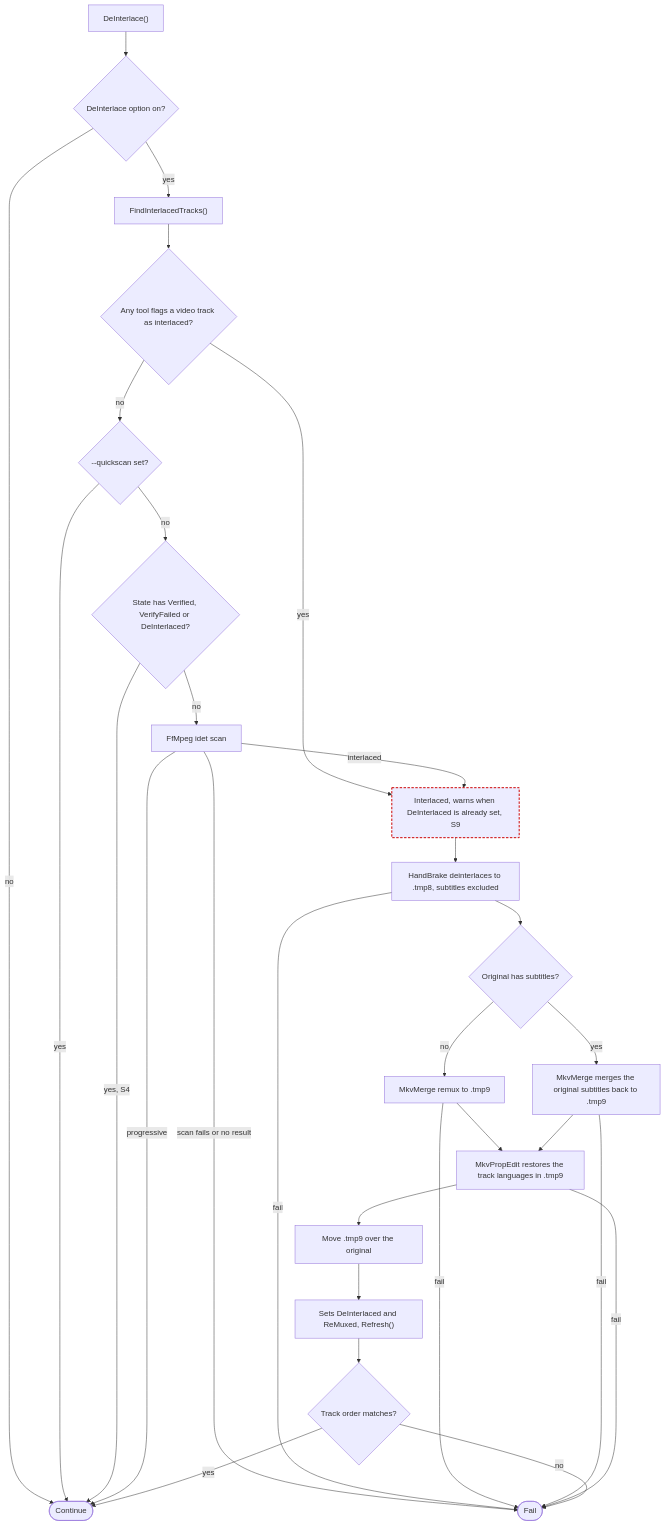
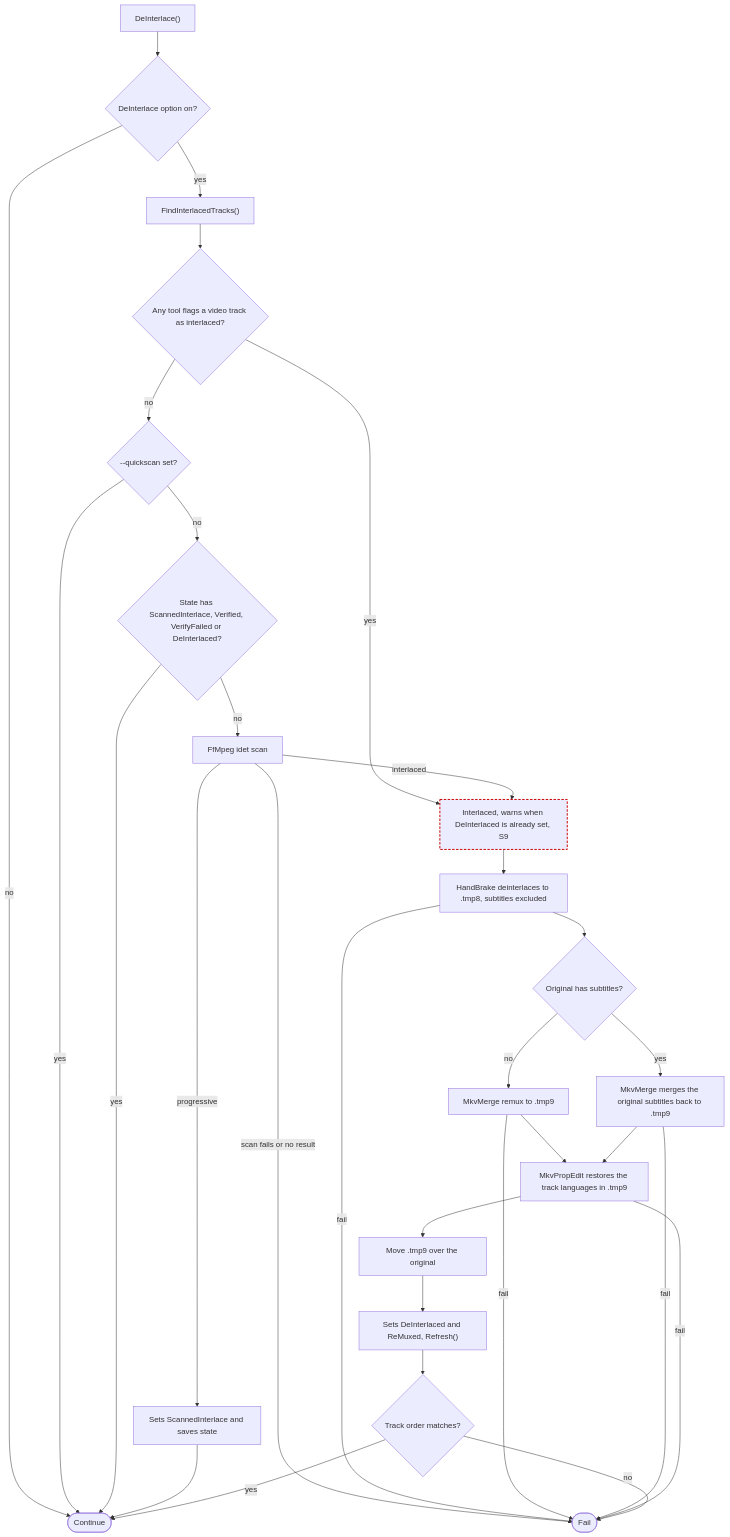
Before and after one commit to ptr727/PlexCleaner: the eighth of 11 diagrams in ARCHITECTURE.md, drawn with Mermaid. The commit also changed other lines of this file and 5 other files, not shown here.

````diff
--- a/ARCHITECTURE.md
+++ b/ARCHITECTURE.md
@@ -544,32 +545,33 @@
 ```mermaid
 flowchart TD
   A0["DeInterlace()"] --> A1{"DeInterlace option on?"}
   A1 -->|no| AOK(["Continue"])
   A1 -->|yes| F0["FindInterlacedTracks()"]
   F0 --> F1{"Any tool flags a video track as interlaced?"}
   F1 -->|yes| FOUND
   F1 -->|no| F2{"--quickscan set?"}
   F2 -->|yes| AOK
-  F2 -->|no| F3{"State has Verified, VerifyFailed or DeInterlaced?"}
-  F3 -->|"yes, S4"| AOK
+  F2 -->|no| F3{"State has ScannedInterlace, Verified, VerifyFailed or DeInterlaced?"}
+  F3 -->|yes| AOK
   F3 -->|no| F4["FfMpeg idet scan"]
   F4 -->|"scan fails or no result"| FAIL(["Fail"])
-  F4 -->|progressive| AOK
+  F4 -->|progressive| F5["Sets ScannedInterlace and saves state"]
+  F5 --> AOK
   F4 -->|interlaced| FOUND["Interlaced, warns when DeInterlaced is already set, S9"]:::suspect
   FOUND --> D1["HandBrake deinterlaces to .tmp8, subtitles excluded"]
   D1 -->|fail| FAIL
   D1 --> D2{"Original has subtitles?"}
   D2 -->|no| D3["MkvMerge remux to .tmp9"]
   D2 -->|yes| D4["MkvMerge merges the original subtitles back to .tmp9"]
   D3 -->|fail| FAIL
   D4 -->|fail| FAIL
   D3 --> D5["MkvPropEdit restores the track languages in .tmp9"]
   D4 --> D5
   D5 -->|fail| FAIL
   D5 --> D6["Move .tmp9 over the original"]
   D6 --> D7["Sets DeInterlaced and ReMuxed, Refresh()"]
   D7 --> D8{"Track order matches?"}
   D8 -->|no| FAIL
   D8 -->|yes| AOK
   classDef suspect stroke:#c00,stroke-width:2px,stroke-dasharray:5 3
 ```
````
